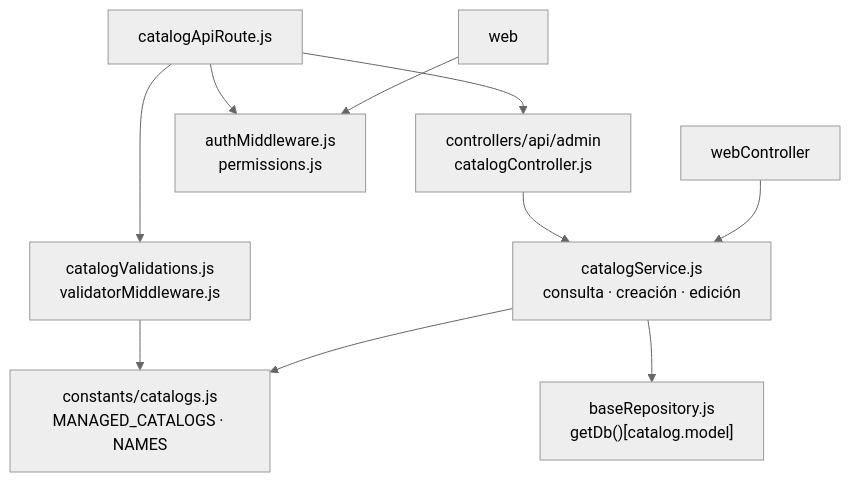
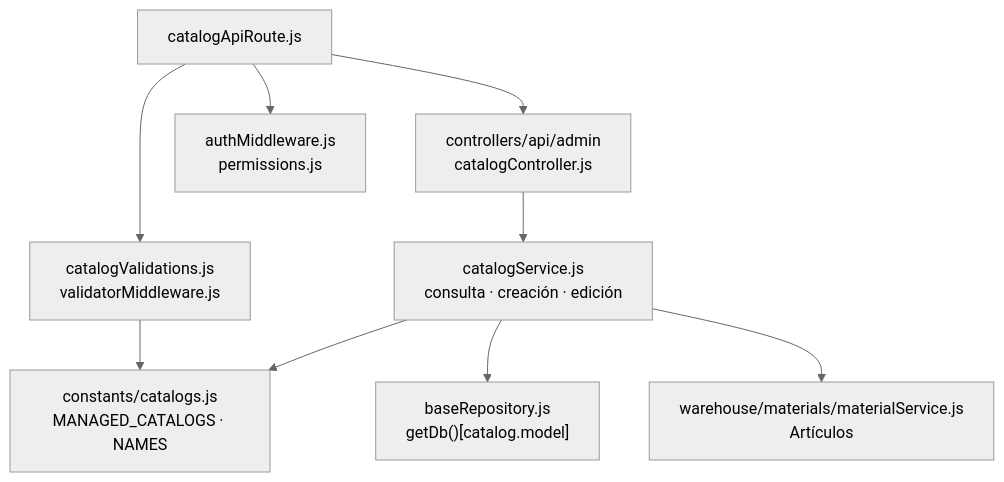
Before and after one commit to gpgsistemas01/nexus: the diagram in back/docs/architecture/views/development/backend-technical-documentation/16-catalogs-code.md, drawn with Mermaid (neutral theme). The commit also changed other lines of this file and 135 other files, not shown here.

Commit message:
docs: align architecture and requirements diagrams

````diff
--- a/back/docs/architecture/views/development/backend-technical-documentation/16-catalogs-code.md
+++ b/back/docs/architecture/views/development/backend-technical-documentation/16-catalogs-code.md
@@ -17,12 +18,11 @@
 ```mermaid
 flowchart TB
     api["catalogApiRoute.js"] --> controller["controllers/api/admin<br/>catalogController.js"]
     api --> auth["authMiddleware.js<br/>permissions.js"]
     api --> validators["catalogValidations.js<br/>validatorMiddleware.js"]
-    web --> auth
     controller --> service["catalogService.js<br/>consulta · creación · edición"]
-    webController --> service
     validators --> registry["constants/catalogs.js<br/>MANAGED_CATALOGS · NAMES"]
     service --> registry
     service --> db["baseRepository.js<br/>getDb()[catalog.model]"]
+    service --> material["warehouse/materials/materialService.js<br/>Artículos"]
 ```
````
